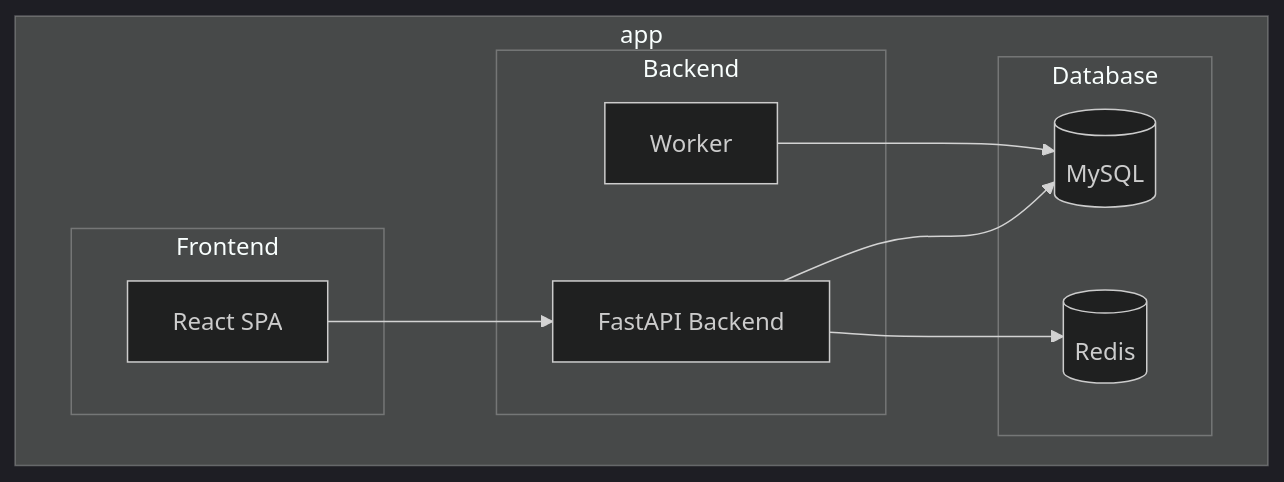
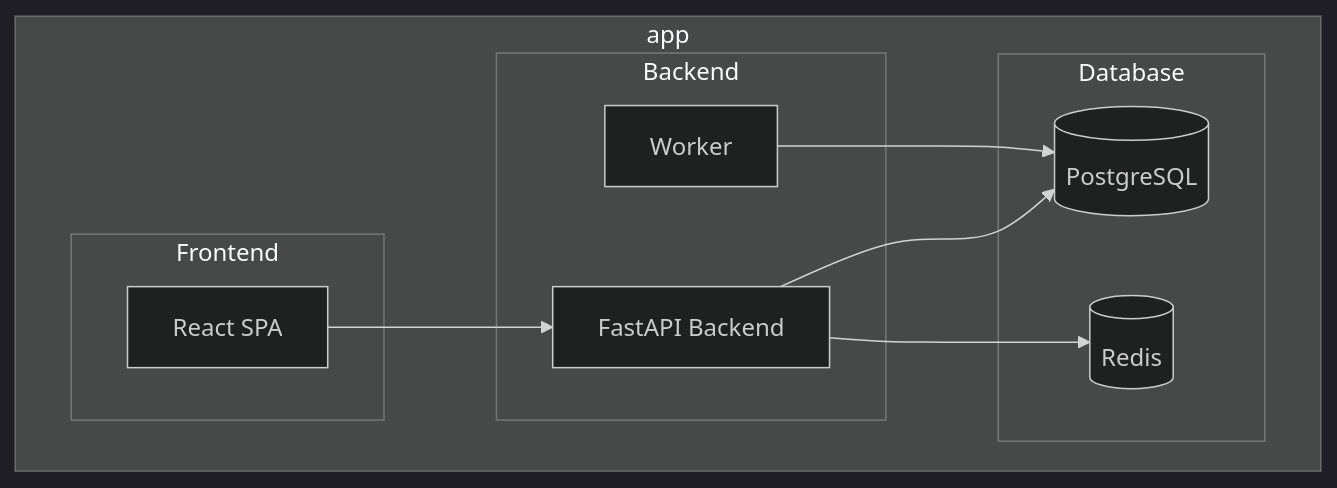
The diagram in README.md (ironnext22/MPT), drawn with Mermaid (dark theme) before and after one commit. The commit also changed other lines of this file, not shown here.

````diff
--- a/README.md
+++ b/README.md
@@ -9,24 +9,24 @@
 ```mermaid
 graph TB
   %% Każdy subgraph = 1 kontener
   subgraph app
     subgraph react["Frontend"]
       R[React SPA]
     end
 
     subgraph backend["Backend"]
       B[FastAPI Backend]
       W[Worker]
     end
 
     subgraph postgres["Database"]
-      PG[(MySQL)]
+      PG[(PostgreSQL)]
       RD[(Redis)]
     end
   end
 
   R --> B
   B --> PG
   B --> RD
   W --> PG
 ```
````
